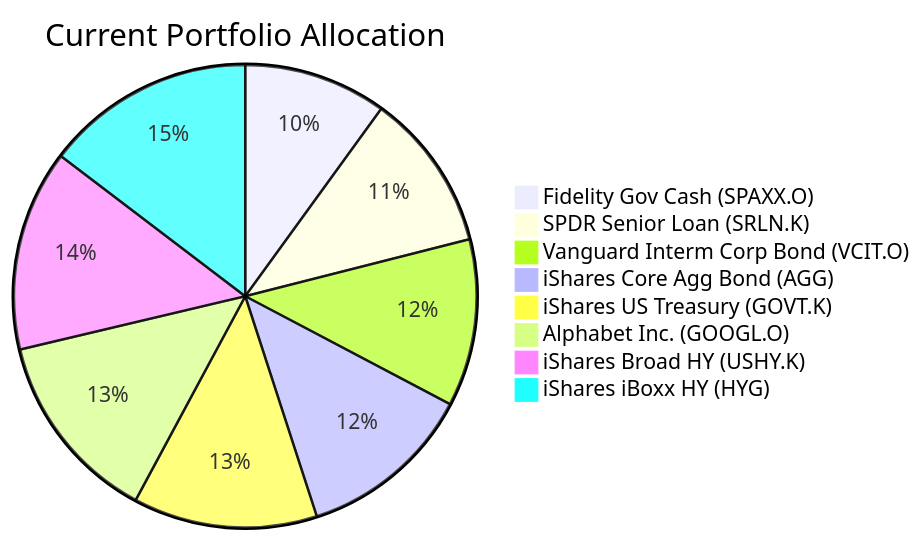
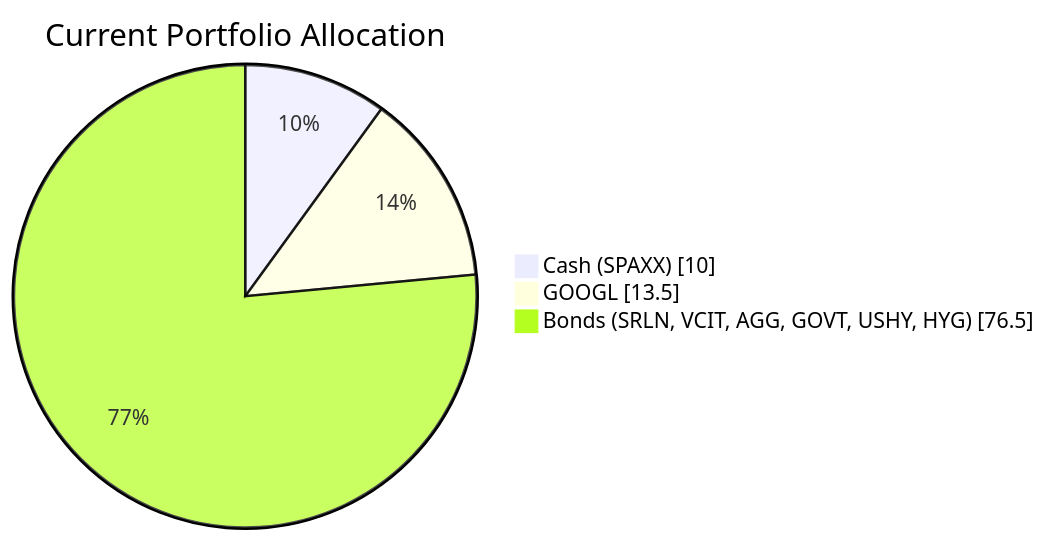
One commit to roger249/Bot-collaboration changed the first of 2 diagrams in docs/sample outputs/client_product_fit_analysis_10.md. Above: the diagram before and after it, drawn with Mermaid. The commit also changed other lines of this file and 16 other files, not shown here.

````diff
--- a/docs/sample outputs/client_product_fit_analysis_10.md
+++ b/docs/sample outputs/client_product_fit_analysis_10.md
@@ -37,11 +55,7 @@
 ```mermaid
-pie title Current Portfolio Allocation
-    "Fidelity Gov Cash (SPAXX.O)" : 10.00
-    "SPDR Senior Loan (SRLN.K)" : 11.05
-    "Vanguard Interm Corp Bond (VCIT.O)" : 11.69
-    "iShares Core Agg Bond (AGG)" : 12.29
-    "iShares US Treasury (GOVT.K)" : 12.86
-    "Alphabet Inc. (GOOGL.O)" : 13.46
-    "iShares Broad HY (USHY.K)" : 14.06
-    "iShares iBoxx HY (HYG)" : 14.66
+pie showData
+title Current Portfolio Allocation
+"Cash (SPAXX)" : 10.0
+"GOOGL" : 13.5
+"Bonds (SRLN, VCIT, AGG, GOVT, USHY, HYG)" : 76.5
 ```
````
